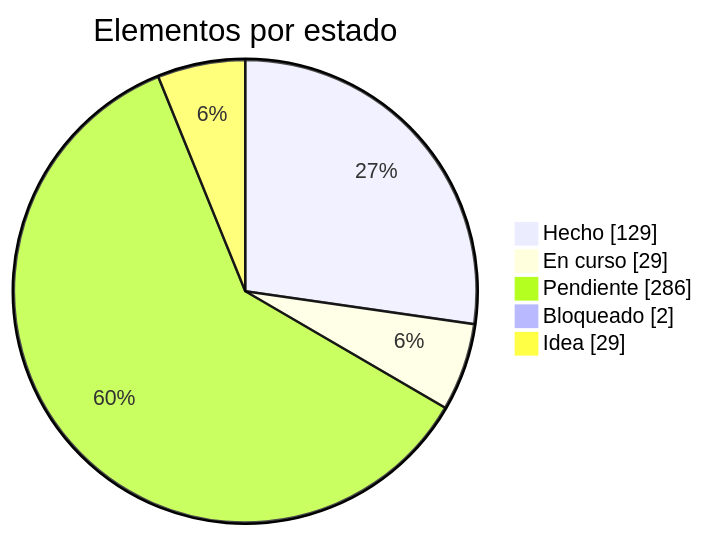
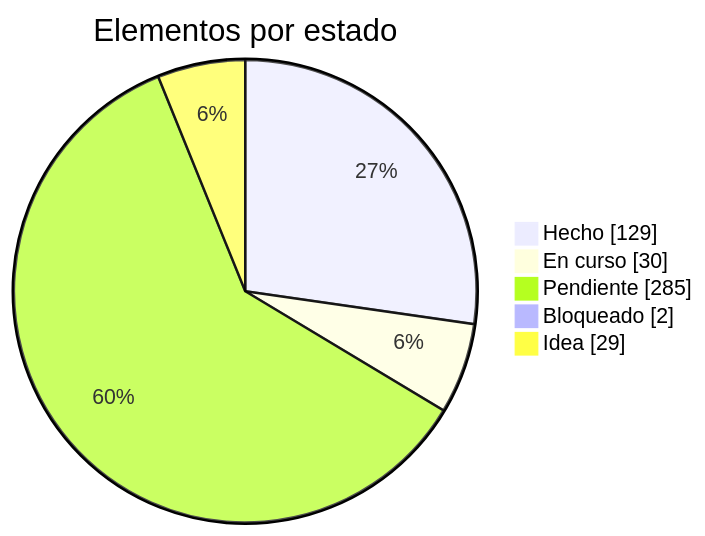
One commit to dariogea/BM27 changed the first of 2 diagrams in docs/roadmap.md. Above: the diagram before and after it, drawn with Mermaid. The commit also changed other lines of this file and 10 other files, not shown here.

````diff
--- a/docs/roadmap.md
+++ b/docs/roadmap.md
@@ -13,8 +13,8 @@
 ```mermaid
 pie showData title Elementos por estado
   "Hecho" : 129
-  "En curso" : 29
-  "Pendiente" : 286
+  "En curso" : 30
+  "Pendiente" : 285
   "Bloqueado" : 2
   "Idea" : 29
 ```
````
